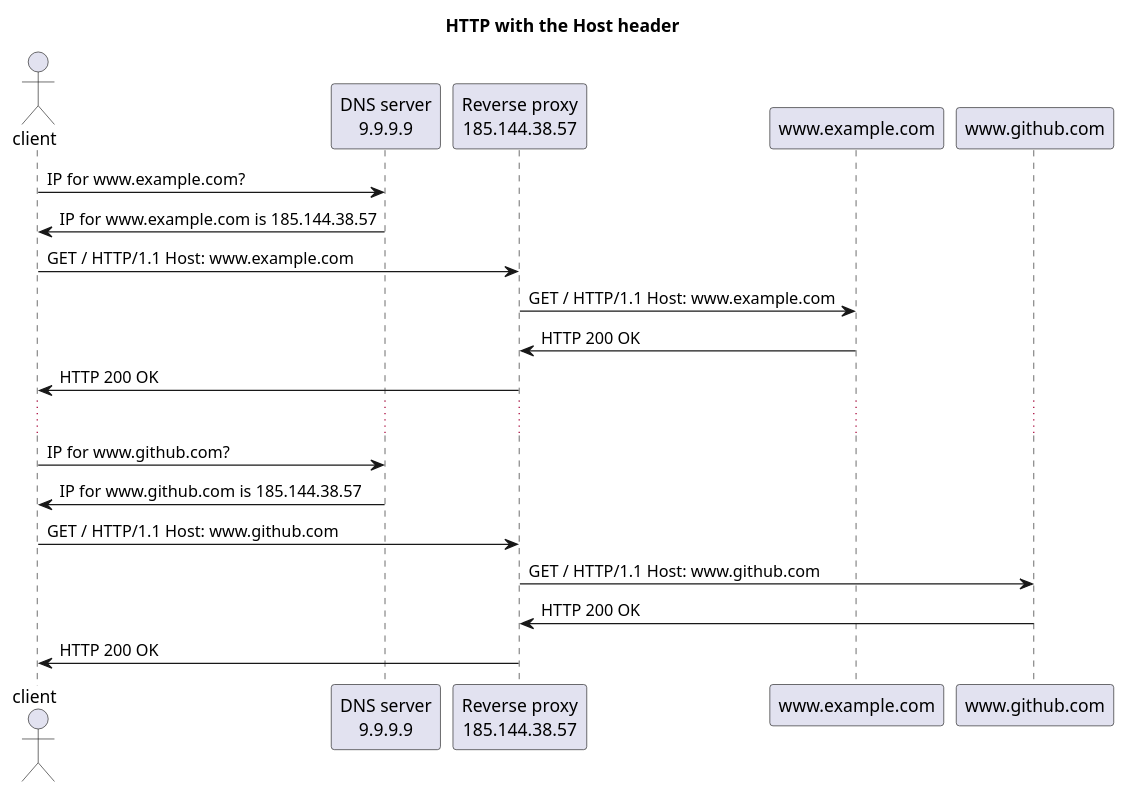
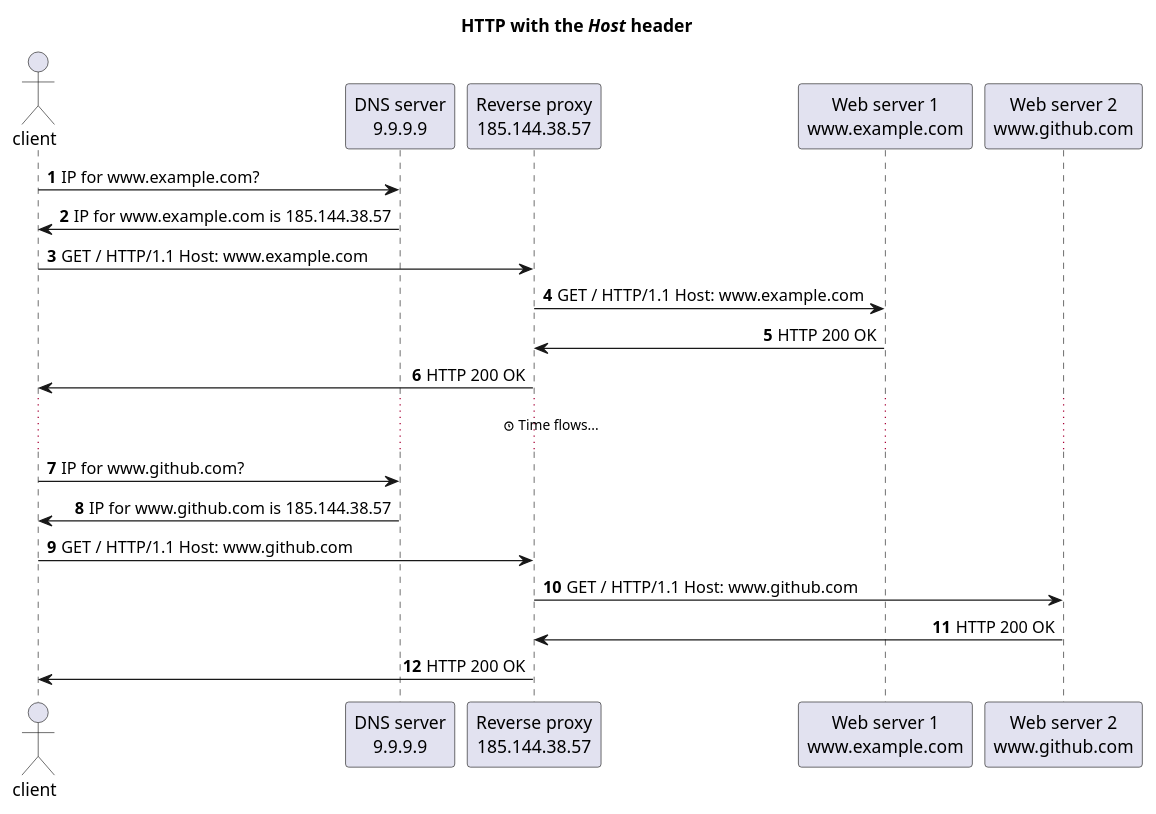
One commit to heig-vd-dai-course/heig-vd-dai-course changed the diagram in 13.01-web-infrastructures/01-course-material/images/http-with-the-host-header.plantuml. Above: the diagram before and after it, drawn with PlantUML. The commit also changed 37 other files, not shown here.

```diff
--- a/13.01-web-infrastructures/01-course-material/images/http-with-the-host-header.plantuml
+++ b/13.01-web-infrastructures/01-course-material/images/http-with-the-host-header.plantuml
@@ -1,26 +1,35 @@
-@startuml
+@startuml http-with-the-host-header
 
-title "HTTP with the Host header"
+skinparam boxPadding 100
+skinparam maxMessageSize 300
+skinparam noteTextAlignment center
+skinparam sequenceMessageAlign direction
+skinparam wrapWidth 250
+autonumber
+
+!pragma teoz true
+
+title "HTTP with the //Host// header"
 
 actor client
 participant "DNS server\n9.9.9.9" as dns
 participant "Reverse proxy\n185.144.38.57" as reverse_proxy
-participant "www.example.com" as web_server_1
-participant "www.github.com" as web_server_2
+participant "Web server 1\nwww.example.com" as web_server_1
+participant "Web server 2\nwww.github.com" as web_server_2
 
 client -> dns: IP for www.example.com?
 dns -> client: IP for www.example.com is 185.144.38.57
 client -> reverse_proxy: GET / HTTP/1.1 Host: www.example.com
 reverse_proxy -> web_server_1: GET / HTTP/1.1 Host: www.example.com
 web_server_1 -> reverse_proxy: HTTP 200 OK
 reverse_proxy -> client: HTTP 200 OK
 
-...
+... <&clock> Time flows... ...
 
 client -> dns: IP for www.github.com?
 dns -> client: IP for www.github.com is 185.144.38.57
 client -> reverse_proxy: GET / HTTP/1.1 Host: www.github.com
 reverse_proxy -> web_server_2: GET / HTTP/1.1 Host: www.github.com
 web_server_2 -> reverse_proxy: HTTP 200 OK
 reverse_proxy -> client: HTTP 200 OK
 @enduml
```
